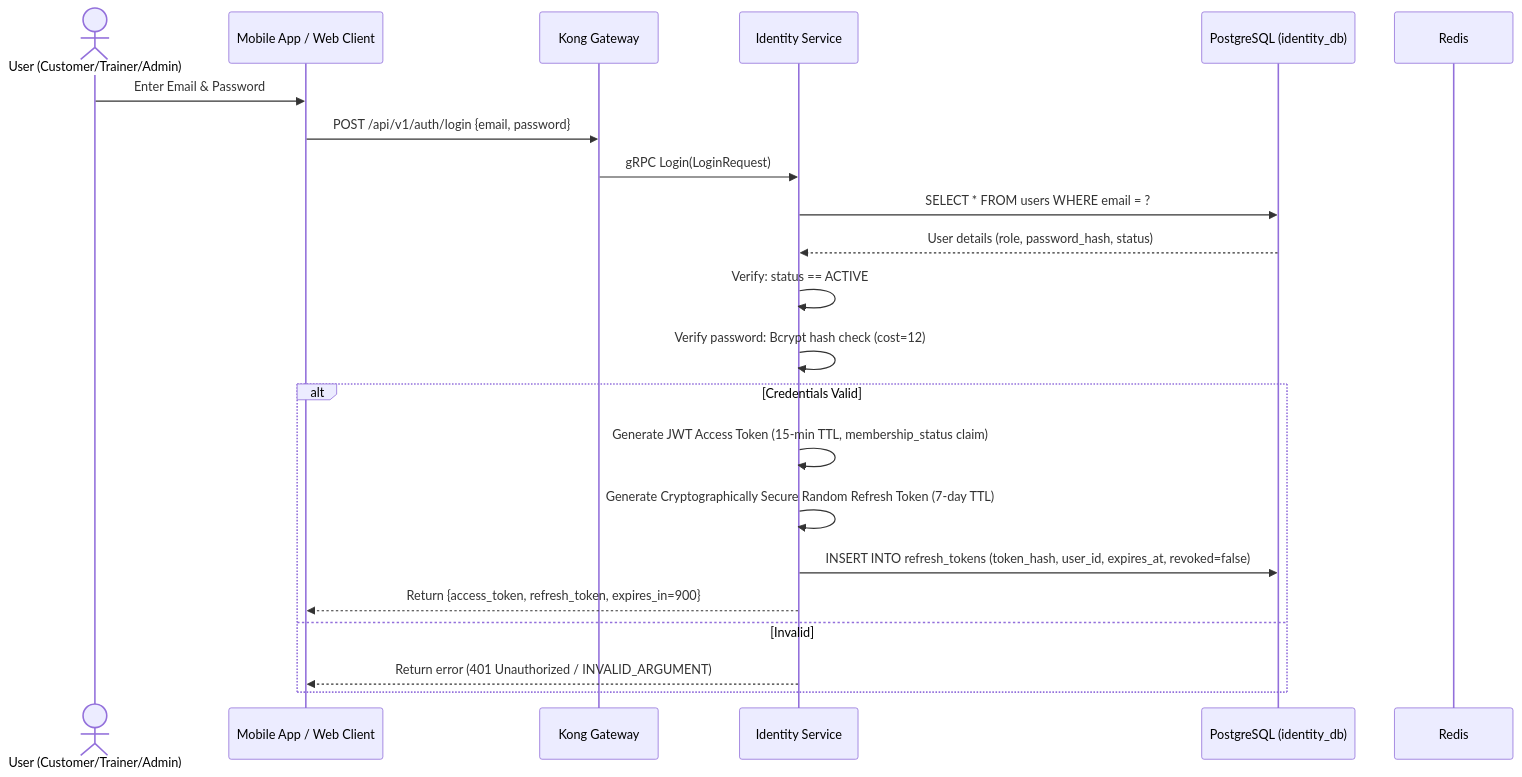
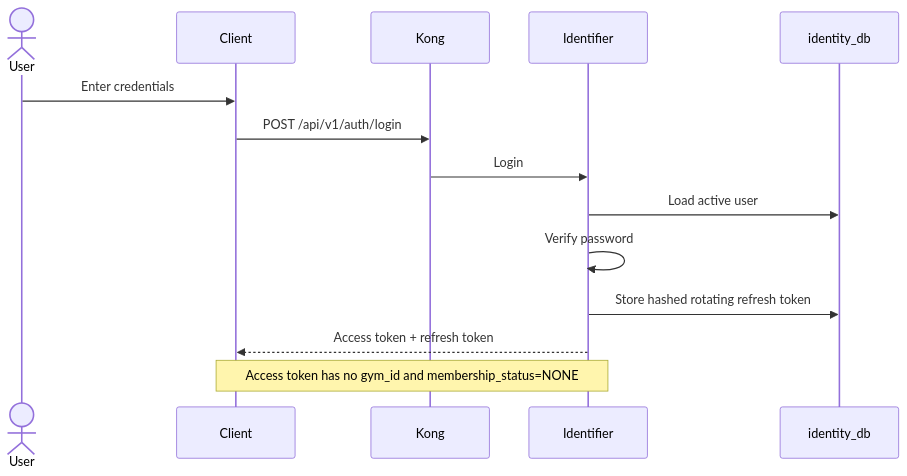
One commit to pploc/gym-architect changed the first of 7 diagrams in flows/01-business-flows.md. Above: the diagram before and after it, drawn with Mermaid. The commit also changed other lines of this file and 16 other files, not shown here.

First line of the commit message:
docs: freeze Plans split roadmap through G8

````diff
--- a/flows/01-business-flows.md
+++ b/flows/01-business-flows.md
@@ -11,28 +7,17 @@
 ```mermaid
 sequenceDiagram
-    actor U as User (Customer/Trainer/Admin)
-    participant APP as Mobile App / Web Client
-    participant K as Kong Gateway
-    participant IS as Identity Service
-    participant DB as PostgreSQL (identity_db)
-    participant R as Redis
+    actor U as User
+    participant C as Client
+    participant K as Kong
+    participant ID as Identifier
+    participant DB as identity_db
 
-    U->>APP: Enter Email & Password
-    APP->>K: POST /api/v1/auth/login {email, password}
-    K->>IS: gRPC Login(LoginRequest)
-    
-    IS->>DB: SELECT * FROM users WHERE email = ?
-    DB-->>IS: User details (role, password_hash, status)
-    
-    IS->>IS: Verify: status == ACTIVE
-    IS->>IS: Verify password: Bcrypt hash check (cost=12)
-    
-    alt Credentials Valid
-        IS->>IS: Generate JWT Access Token (15-min TTL, membership_status claim)
-        IS->>IS: Generate Cryptographically Secure Random Refresh Token (7-day TTL)
-        IS->>DB: INSERT INTO refresh_tokens (token_hash, user_id, expires_at, revoked=false)
-        IS-->>APP: Return {access_token, refresh_token, expires_in=900}
-    else Invalid
-        IS-->>APP: Return error (401 Unauthorized / INVALID_ARGUMENT)
-    end
+    U->>C: Enter credentials
+    C->>K: POST /api/v1/auth/login
+    K->>ID: Login
+    ID->>DB: Load active user
+    ID->>ID: Verify password
+    ID->>DB: Store hashed rotating refresh token
+    ID-->>C: Access token + refresh token
+    Note over ID,C: Access token has no gym_id and membership_status=NONE
 ```
````
